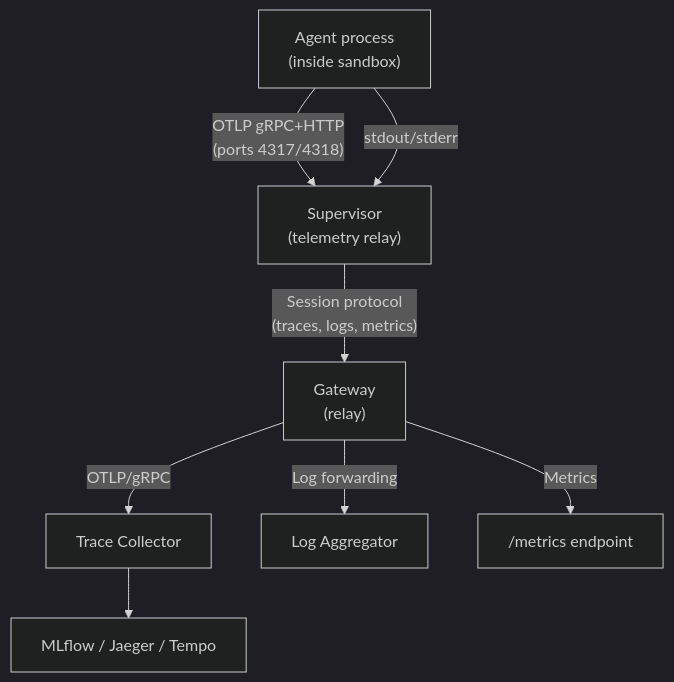
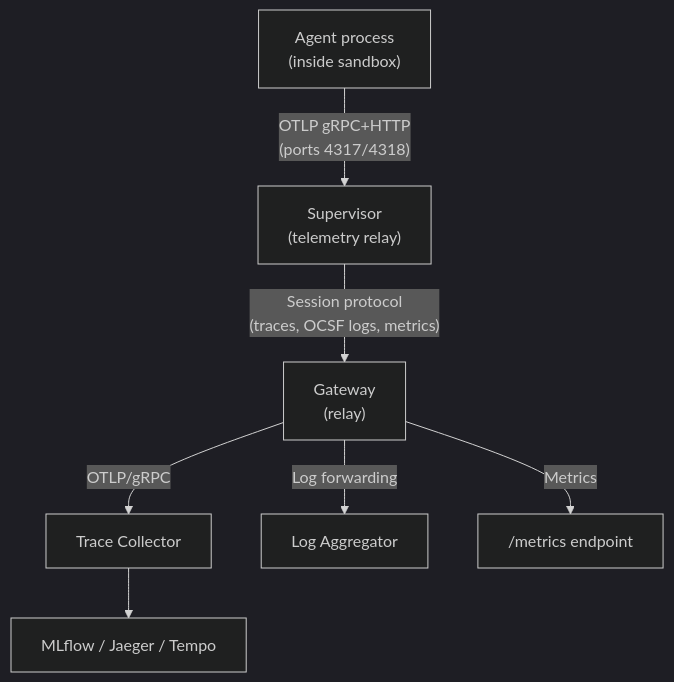
Before and after one commit to NVIDIA/OpenShell: the first of 2 diagrams in rfc/0012-observability-architecture/README.md, drawn with Mermaid (dark theme). The commit also changed other lines of this file, not shown here.

First line of the commit message:
docs(rfc): remove agent stdout/stderr from log relay scope

````diff
--- a/rfc/0012-observability-architecture/README.md
+++ b/rfc/0012-observability-architecture/README.md
@@ -99,10 +99,9 @@
 ```mermaid
 graph TD
     A["Agent process<br/>(inside sandbox)"] -->|"OTLP gRPC+HTTP<br/>(ports 4317/4318)"| B["Supervisor<br/>(telemetry relay)"]
-    A -->|"stdout/stderr"| B
-    B -->|"Session protocol<br/>(traces, logs, metrics)"| C["Gateway<br/>(relay)"]
+    B -->|"Session protocol<br/>(traces, OCSF logs, metrics)"| C["Gateway<br/>(relay)"]
     C -->|"OTLP/gRPC"| D["Trace Collector"]
     C -->|"Log forwarding"| F["Log Aggregator"]
     C -->|"Metrics"| G["/metrics endpoint"]
     D --> E["MLflow / Jaeger / Tempo"]
 ```
````
